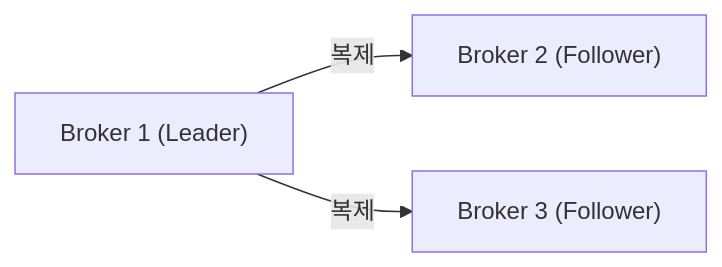
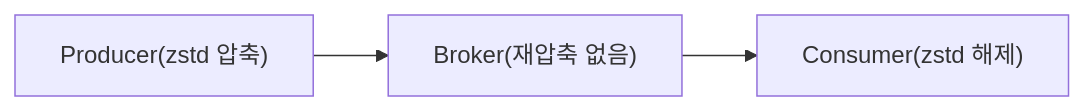
The eighth of 11 diagrams in _posts/kafka/2026-05-01-kafka-internals.md (yjkim2015/yjkim2015.github.io), drawn with Mermaid before and after one commit. The commit also changed other lines of this file and 4 other files, not shown here.

````diff
--- a/_posts/kafka/2026-05-01-kafka-internals.md
+++ b/_posts/kafka/2026-05-01-kafka-internals.md
@@ -470,5 +832,5 @@
 ```mermaid
 graph LR
-    L["Broker 1 (Leader)"] -->|복제| F1["Broker 2 (Follower)"]
-    L -->|복제| F2["Broker 3 (Follower)"]
+    PROD["Producer(zstd 압축)"] --> BROKER["Broker(재압축 없음)"]
+    BROKER --> CONS["Consumer(zstd 해제)"]
 ```
````
